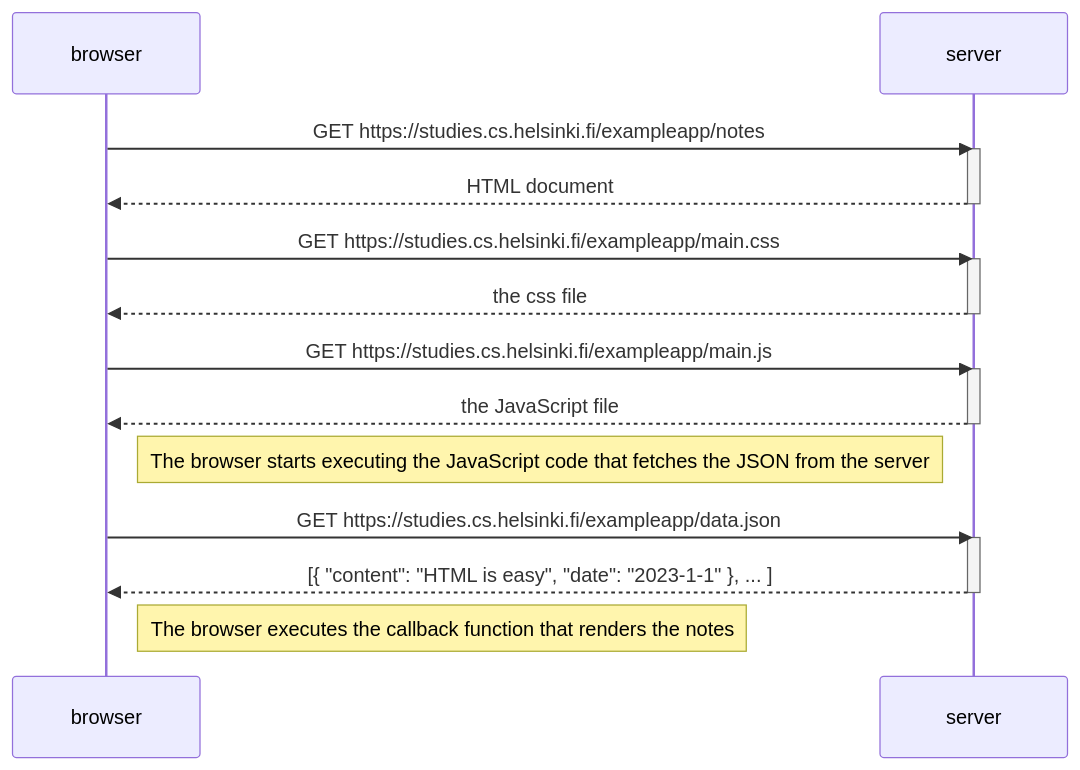
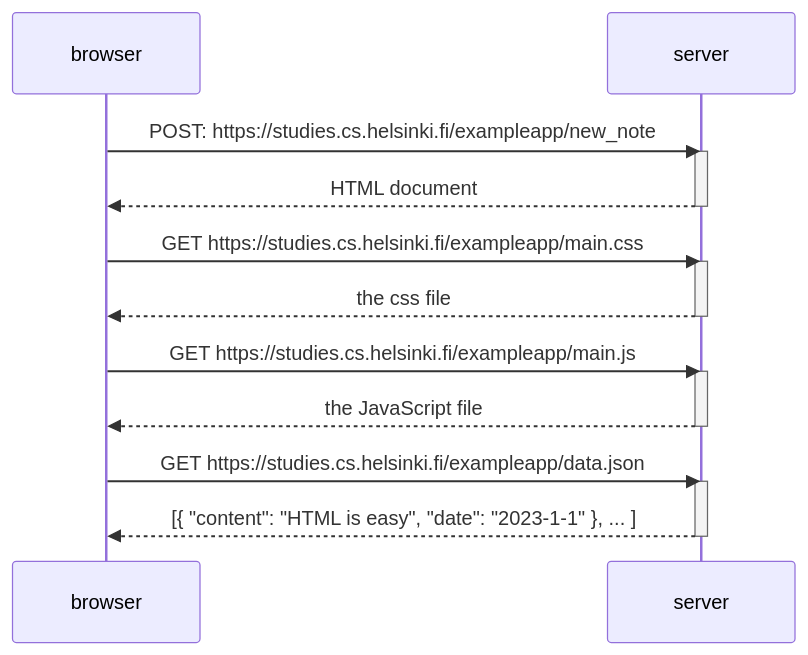
The diagram in user-creates-note.md (ksusavershinina/full-stack-course), drawn with Mermaid before and after one commit.

````diff
--- a/user-creates-note.md
+++ b/user-creates-note.md
@@ -1,29 +1,26 @@
 ```mermaid
 sequenceDiagram;
+
 participant browser;
 participant server;
 
-browser->>server: GET https://studies.cs.helsinki.fi/exampleapp/notes;
+browser->>server: POST: https://studies.cs.helsinki.fi/exampleapp/new_note;
 activate server;
 server-->>browser: HTML document;
 deactivate server;
 
 browser->>server: GET https://studies.cs.helsinki.fi/exampleapp/main.css;
 activate server;
 server-->>browser: the css file;
 deactivate server;
 
 browser->>server: GET https://studies.cs.helsinki.fi/exampleapp/main.js;
 activate server;
 server-->>browser: the JavaScript file;
 deactivate server;
 
-Note right of browser: The browser starts executing the JavaScript code that fetches the JSON from the server;
-
 browser->>server: GET https://studies.cs.helsinki.fi/exampleapp/data.json;
 activate server;
 server-->>browser: [{ "content": "HTML is easy", "date": "2023-1-1" }, ... ];
 deactivate server;
-
-Note right of browser: The browser executes the callback function that renders the notes;
 ```
````
